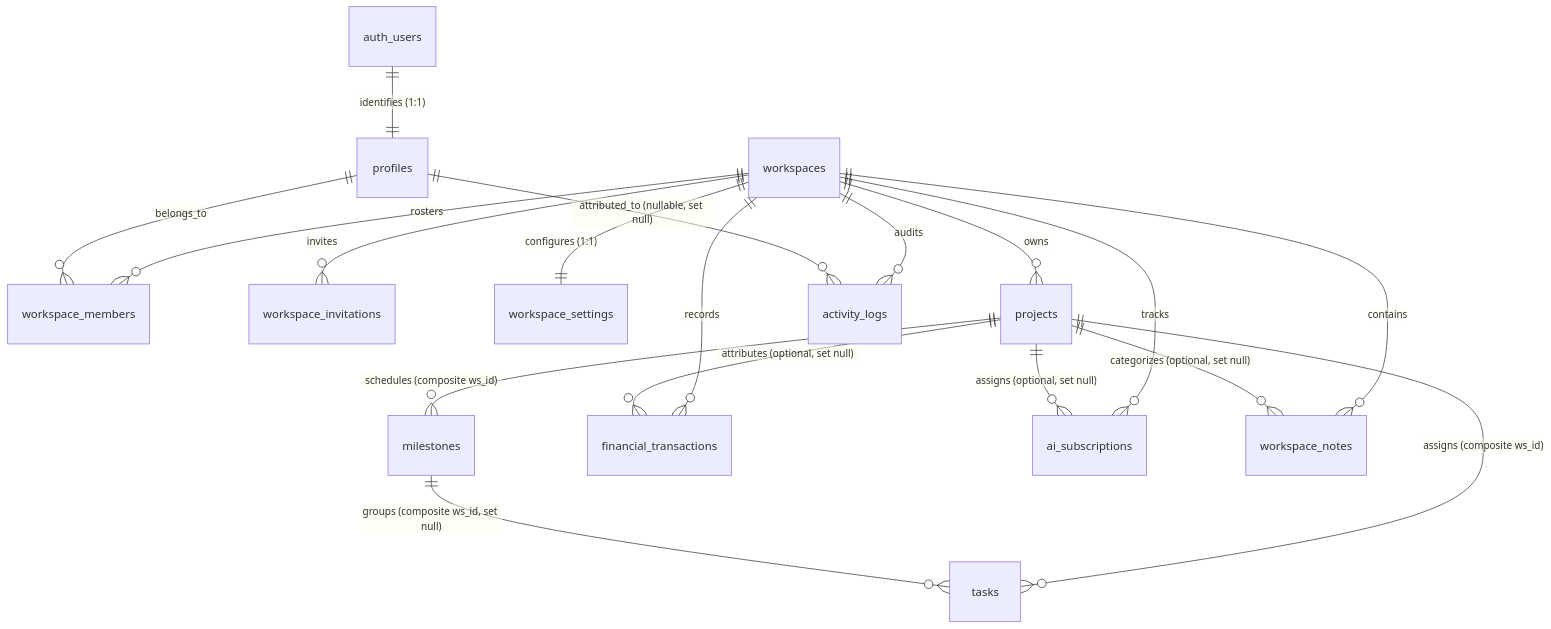
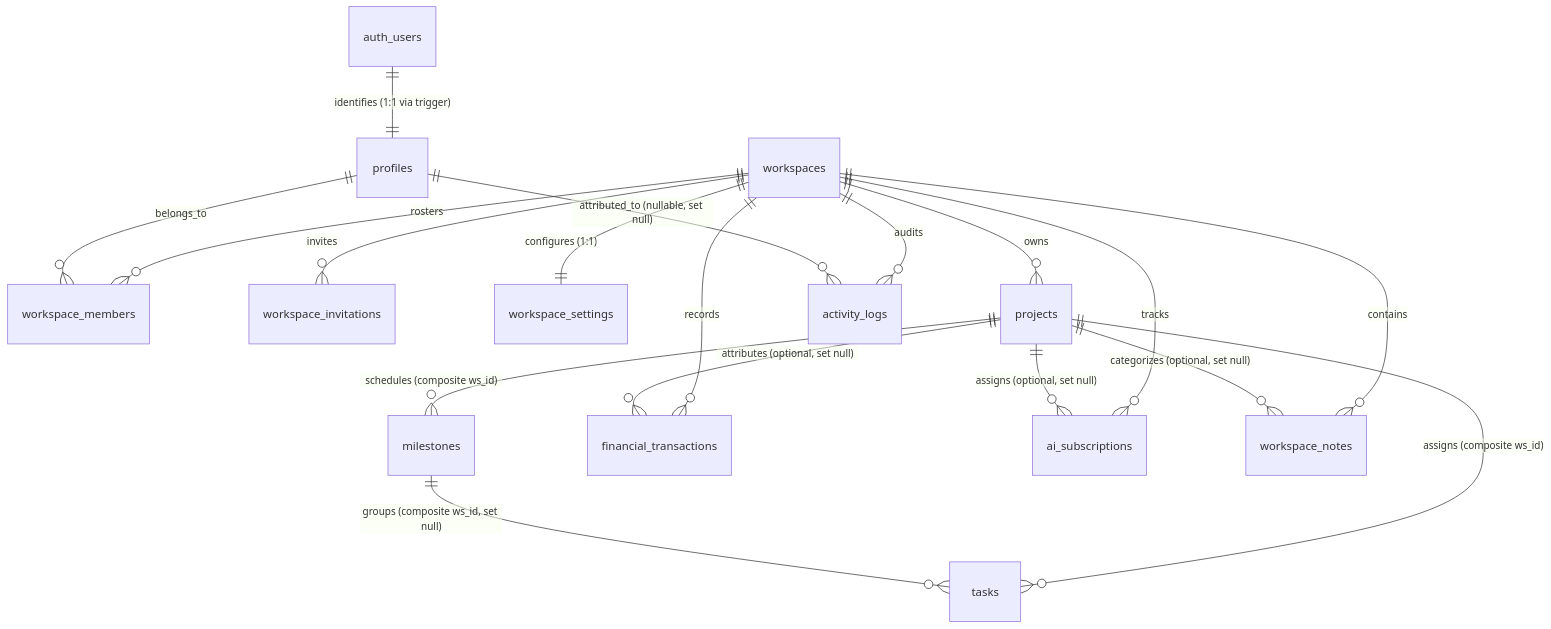
Before and after one commit to khairultajudin/khaispace: the diagram in apps/hub/docs/architecture/DATABASE-SCHEMA.md, drawn with Mermaid. The commit also changed other lines of this file and 7 other files, not shown here.

````diff
--- a/apps/hub/docs/architecture/DATABASE-SCHEMA.md
+++ b/apps/hub/docs/architecture/DATABASE-SCHEMA.md
@@ -35,25 +36,25 @@
 ```mermaid
 erDiagram
-    auth_users ||--|| profiles : "identifies (1:1)"
+    auth_users ||--|| profiles : "identifies (1:1 via trigger)"
     workspaces ||--o{ workspace_members : "rosters"
     profiles ||--o{ workspace_members : "belongs_to"
     workspaces ||--o{ workspace_invitations : "invites"
     workspaces ||--|| workspace_settings : "configures (1:1)"
     
     workspaces ||--o{ projects : "owns"
     projects ||--o{ milestones : "schedules (composite ws_id)"
     projects ||--o{ tasks : "assigns (composite ws_id)"
     milestones ||--o{ tasks : "groups (composite ws_id, set null)"
     
     workspaces ||--o{ financial_transactions : "records"
     projects ||--o{ financial_transactions : "attributes (optional, set null)"
     
     workspaces ||--o{ ai_subscriptions : "tracks"
     projects ||--o{ ai_subscriptions : "assigns (optional, set null)"
     
     workspaces ||--o{ workspace_notes : "contains"
     projects ||--o{ workspace_notes : "categorizes (optional, set null)"
     
     workspaces ||--o{ activity_logs : "audits"
     profiles ||--o{ activity_logs : "attributed_to (nullable, set null)"
 ```
````
